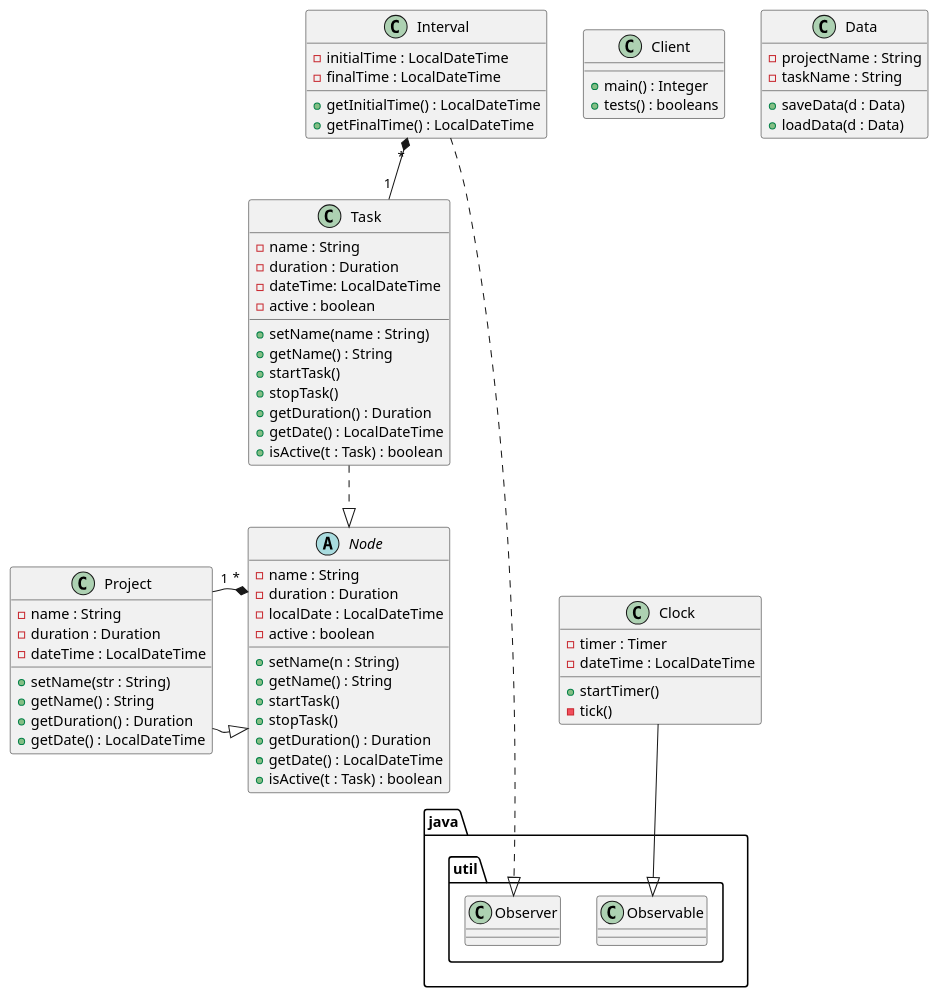
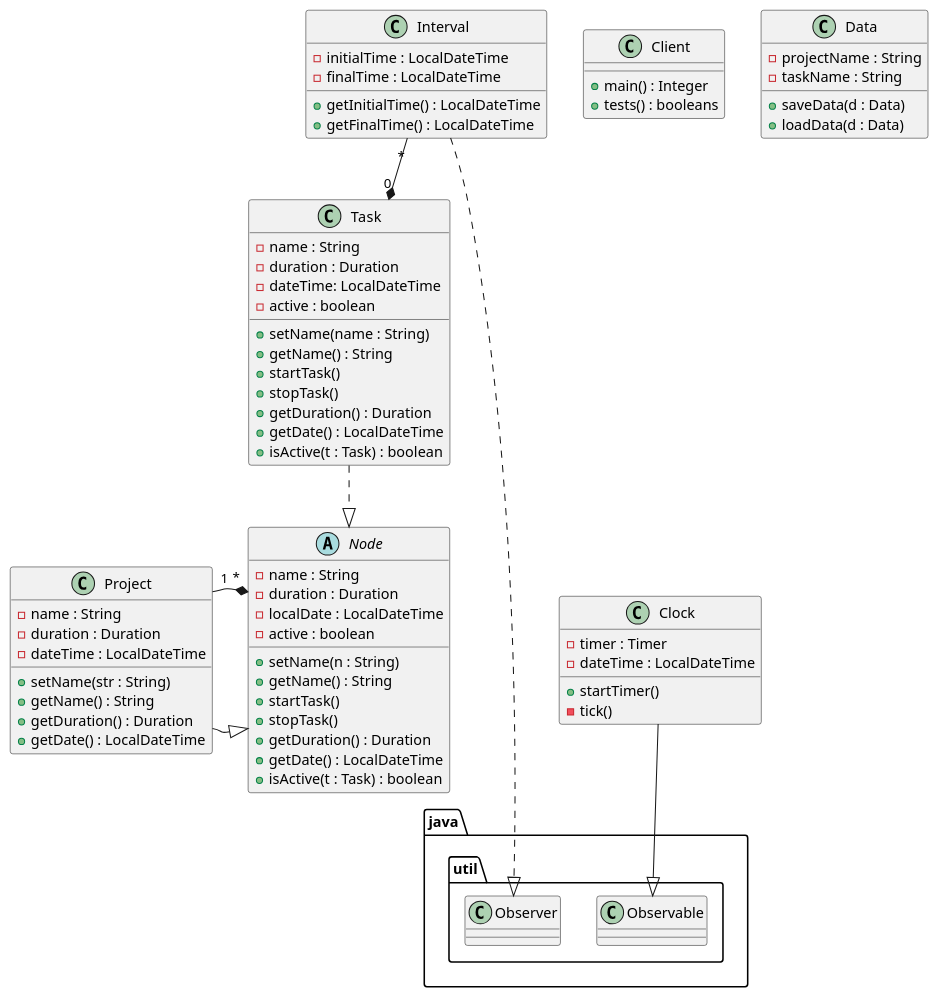
One commit to gonzaloarilla/DS_TimeTracker changed the diagram in src/uml.puml. Above: the diagram before and after it, drawn with PlantUML. The commit also changed 3 other files, not shown here.

Commit message:
UML modified, Task class done, timeConversion in Interval.

```diff
--- a/src/uml.puml
+++ b/src/uml.puml
@@ -1,74 +1,74 @@
 @startuml
 class Client {
 + main() : Integer
 + tests() : booleans
 }
 
 abstract Node {
 - name : String
 - duration : Duration
 - localDate : LocalDateTime
 - active : boolean
 + setName(n : String)
 + getName() : String
 + startTask()
 + stopTask()
 + getDuration() : Duration
 + getDate() : LocalDateTime
 + isActive(t : Task) : boolean
 }
 
 class Project {
 - name : String
 - duration : Duration
 - dateTime : LocalDateTime
 + setName(str : String)
 + getName() : String
 + getDuration() : Duration
 + getDate() : LocalDateTime
 }
 
 class Task {
 - name : String
 - duration : Duration
 - dateTime: LocalDateTime
 - active : boolean
 + setName(name : String)
 + getName() : String
 + startTask()
 + stopTask()
 + getDuration() : Duration
 + getDate() : LocalDateTime
 + isActive(t : Task) : boolean
 }
 
 class Interval {
 - initialTime : LocalDateTime
 - finalTime : LocalDateTime
 + getInitialTime() : LocalDateTime
 + getFinalTime() : LocalDateTime
 
 }
 
 class Clock {
 - timer : Timer
 - dateTime : LocalDateTime
 + startTimer()
 - tick()
 }
 
 class Data {
 - projectName : String
 - taskName : String
 + saveData(d : Data)
 + loadData(d : Data)
 }
 
 
 Project -|> Node
 Node "*" *-- "1" Project
 Task -.|> Node
 Clock -down-|> java.util.Observable
 Interval -.down.-|> java.util.Observer
-Interval "*" *-- "1" Task
+Interval "*" --* "0" Task
 @enduml
```
